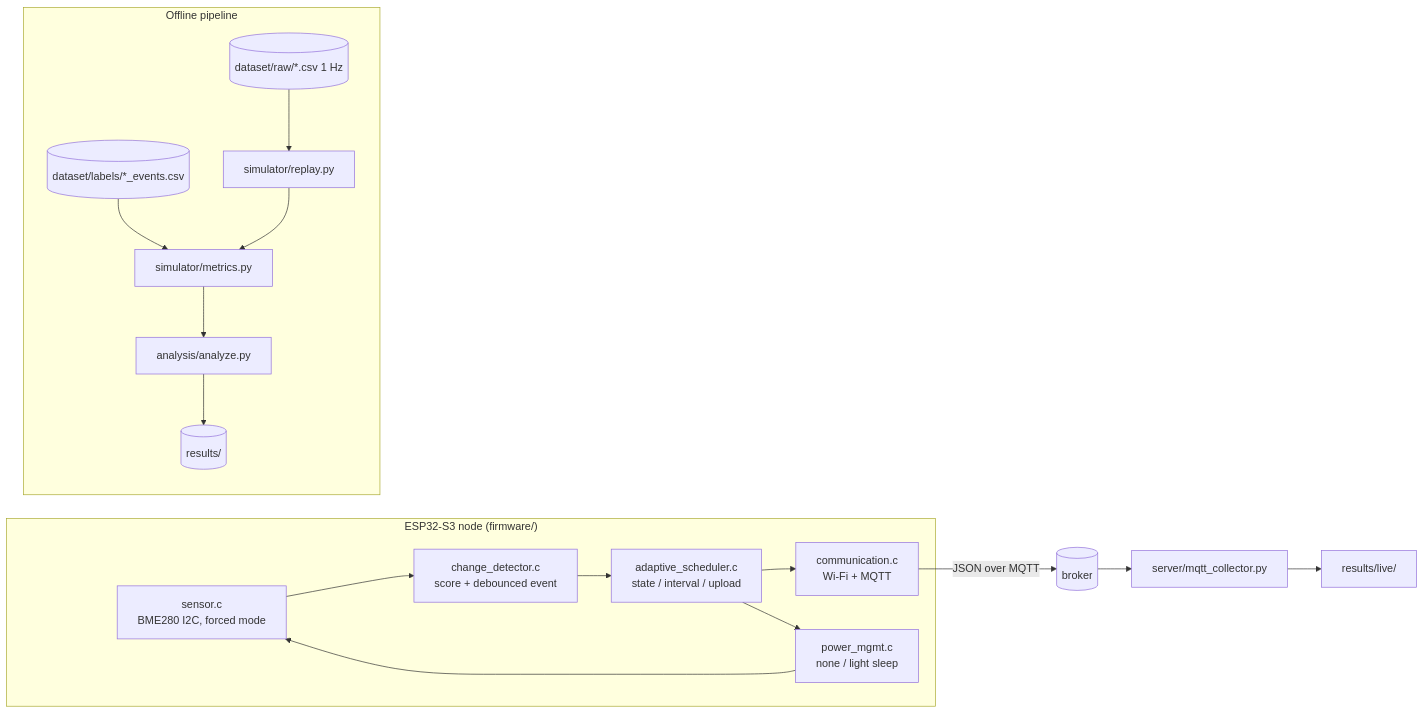
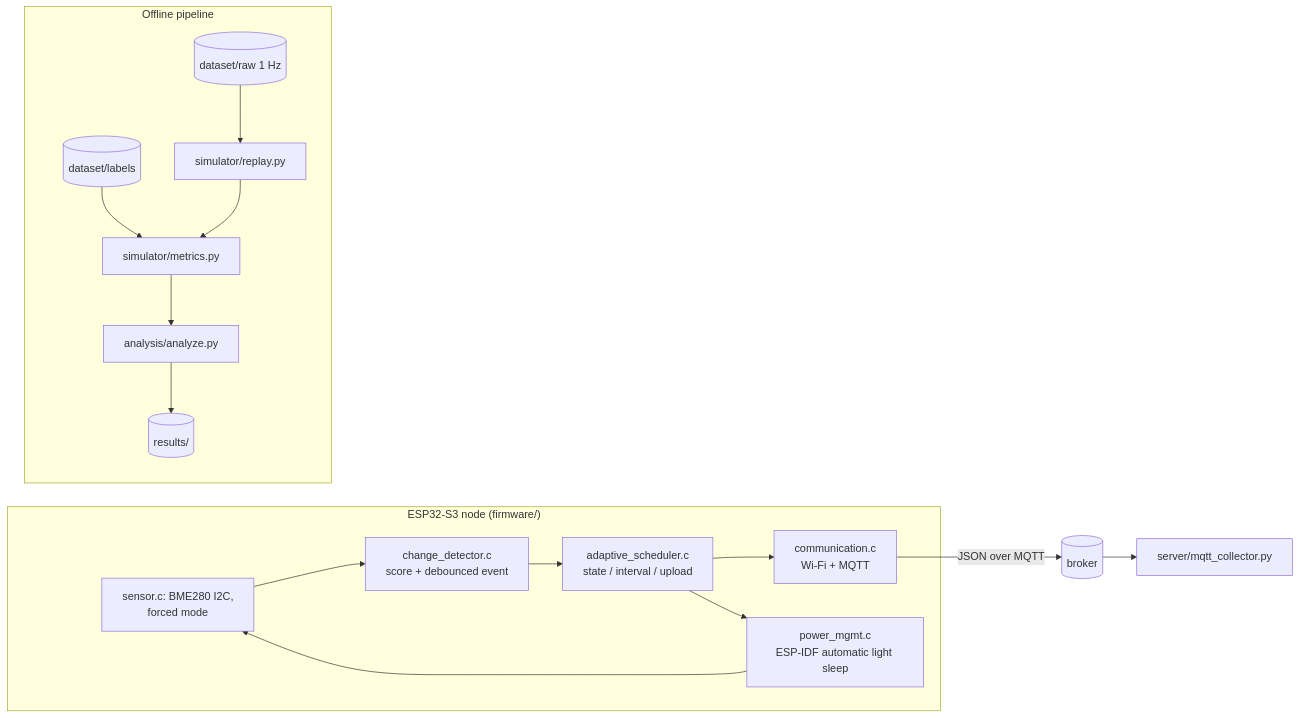
Before and after one commit to Sver0411/AdaptiveSense: the diagram in README.md, drawn with Mermaid. The commit also changed other lines of this file and 49 other files, not shown here.

````diff
--- a/README.md
+++ b/README.md
@@ -58,21 +48,20 @@
 ```mermaid
 flowchart LR
     subgraph Node["ESP32-S3 node (firmware/)"]
-        SEN[sensor.c<br/>BME280 I2C, forced mode] --> CD[change_detector.c<br/>score + debounced event]
-        CD --> AS[adaptive_scheduler.c<br/>state / interval / upload]
-        AS --> COMM[communication.c<br/>Wi-Fi + MQTT]
-        AS --> PM[power_mgmt.c<br/>none / light sleep]
+        SEN["sensor.c: BME280 I2C,<br/>forced mode"] --> CD["change_detector.c<br/>score + debounced event"]
+        CD --> AS["adaptive_scheduler.c<br/>state / interval / upload"]
+        AS --> COMM["communication.c<br/>Wi-Fi + MQTT"]
+        AS --> PM["power_mgmt.c<br/>ESP-IDF automatic light sleep"]
         PM --> SEN
     end
     COMM -->|JSON over MQTT| BROKER[(broker)]
     BROKER --> COLLECT[server/mqtt_collector.py]
-    COLLECT --> LIVE[results/live/]
 
     subgraph Analysis["Offline pipeline"]
-        RAW[(dataset/raw/*.csv 1 Hz)] --> REPLAY[simulator/replay.py]
-        LAB[(dataset/labels/*_events.csv)] --> MET[simulator/metrics.py]
+        RAW[(dataset/raw 1 Hz)] --> REPLAY[simulator/replay.py]
+        LAB[(dataset/labels)] --> MET[simulator/metrics.py]
         REPLAY --> MET
         MET --> ANA[analysis/analyze.py]
         ANA --> RES[(results/)]
     end
 ```
````
